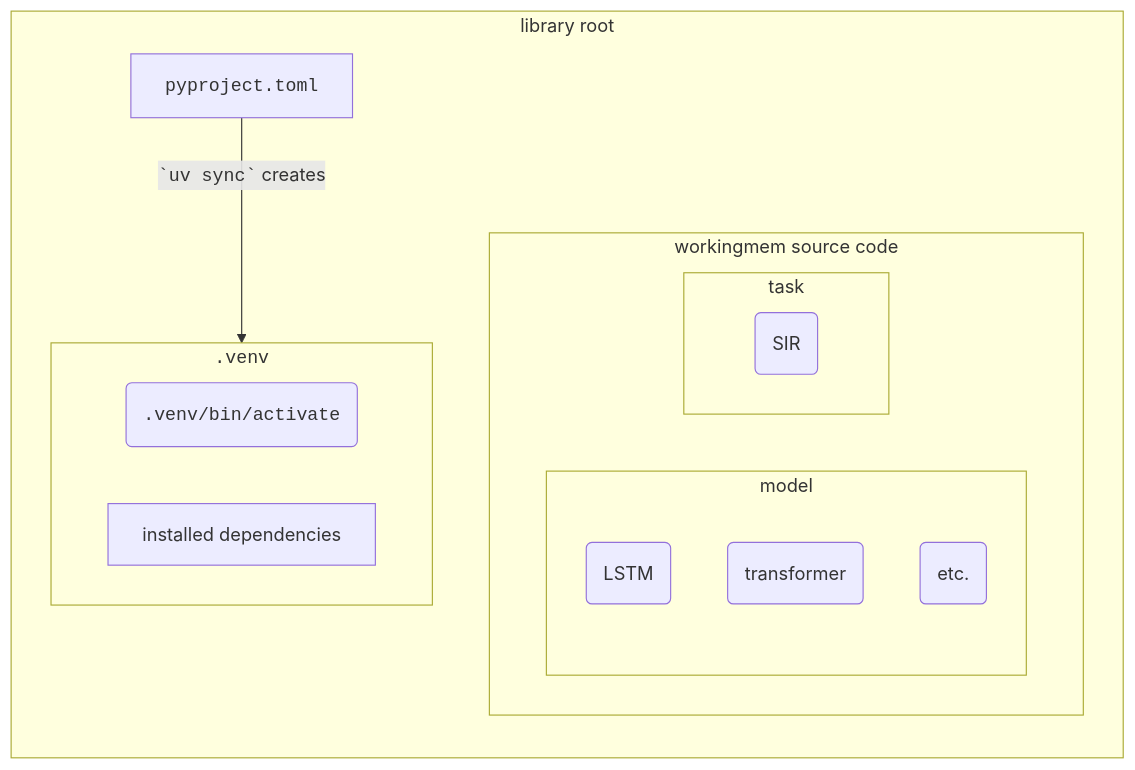
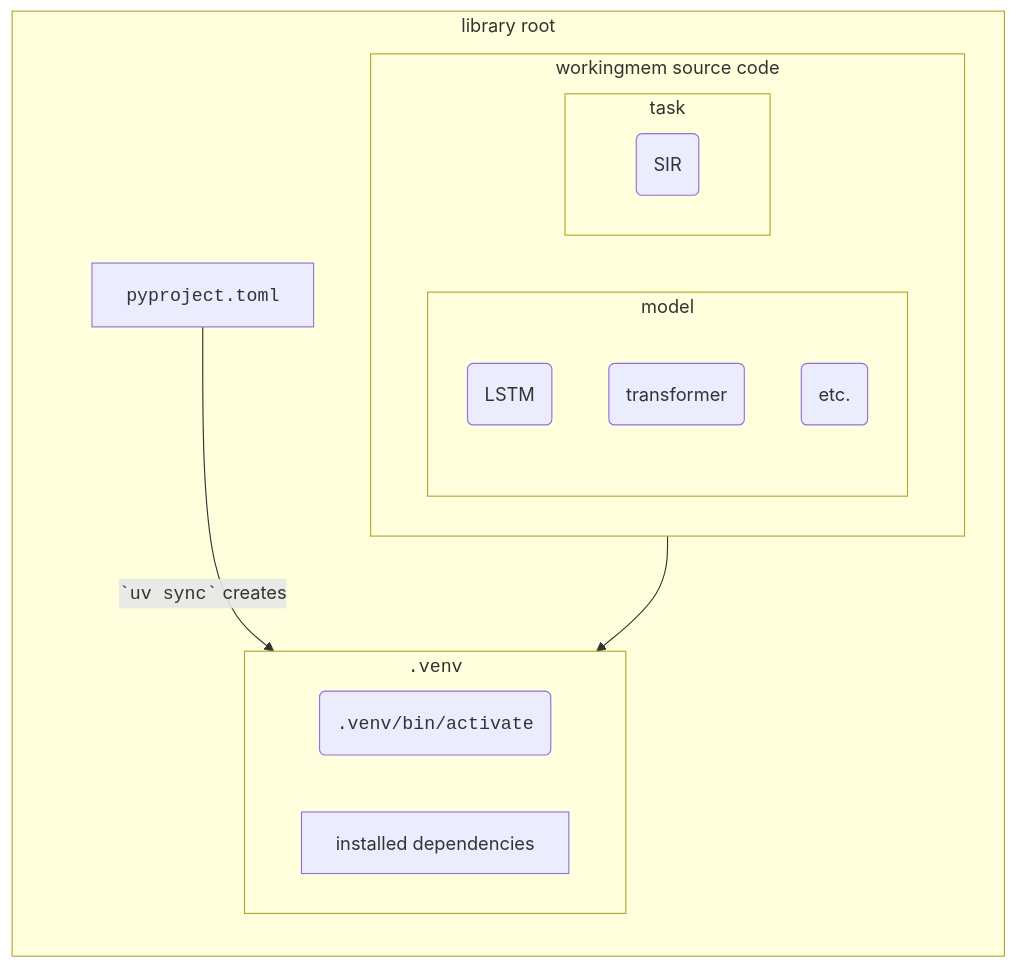
One commit to aalok-sathe/wm-computational-limits changed the second of 3 diagrams in src/workingmem/tutorials/README.md. Above: the diagram before and after it, drawn with Mermaid. The commit also changed 1 other file, not shown here.

````diff
--- a/src/workingmem/tutorials/README.md
+++ b/src/workingmem/tutorials/README.md
@@ -67,24 +67,26 @@
 ```mermaid
 flowchart LR
   subgraph R [library root]
     subgraph v [<code>.venv</code>]
       binactivate( <code>.venv/bin/activate</code> )
       packages[installed dependencies]
     end
 
     p[<code>pyproject.toml</code>] -->| <code>`uv sync`</code> creates | v
 
 
     subgraph wm [workingmem source code]
       subgraph model
         LSTM(LSTM)
         transformer( transformer )
         _etc( etc. )
       end
       subgraph task
         SIR(SIR)
       end
     end
 
+    wm --> v
+
   end
   ```
````
